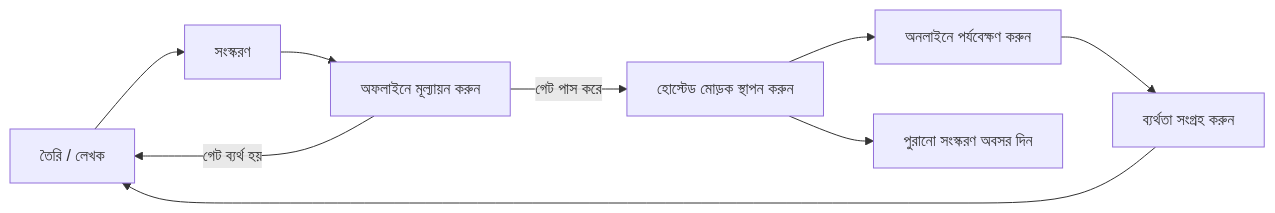
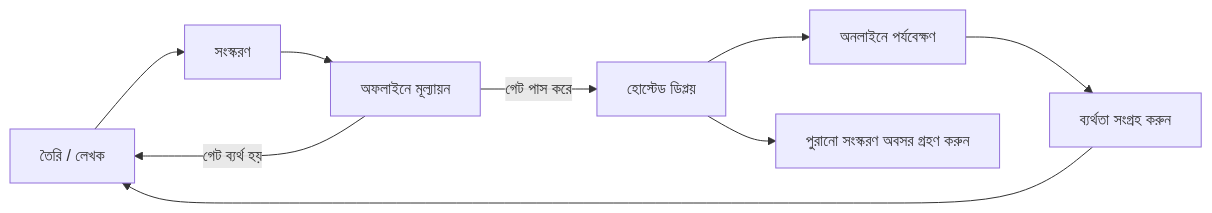
One commit to microsoft/ai-agents-for-beginners changed the second of 4 diagrams in translations/bn/16-deploying-scalable-agents/README.md. Above: the diagram before and after it, drawn with Mermaid. The commit also changed other lines of this file and 45 other files, not shown here.

````diff
--- a/translations/bn/16-deploying-scalable-agents/README.md
+++ b/translations/bn/16-deploying-scalable-agents/README.md
@@ -108,11 +108,11 @@
 ```mermaid
 flowchart LR
     Create[তৈরি / লেখক] --> Version[সংস্করণ]
-    Version --> Evaluate[অফলাইনে মূল্যায়ন করুন]
-    Evaluate -->|গেট পাস করে| Deploy[হোস্টেড মোড়ক স্থাপন করুন]
-    Evaluate -->|গেট ব্যর্থ হয়| Create
-    Deploy --> Observe[অনলাইনে পর্যবেক্ষণ করুন]
+    Version --> Evaluate[অফলাইনে মূল্যায়ন]
+    Evaluate -->|গেট পাস করে| Deploy[হোস্টেড ডিপ্লয়]
+    Evaluate -->|গেট ব্যর্থ হয়| Create
+    Deploy --> Observe[অনলাইনে পর্যবেক্ষণ]
     Observe --> Improve[ব্যর্থতা সংগ্রহ করুন]
     Improve --> Create
-    Deploy --> Retire[পুরানো সংস্করণ অবসর দিন]
+    Deploy --> Retire[পুরানো সংস্করণ অবসর গ্রহণ করুন]
 ```
````
